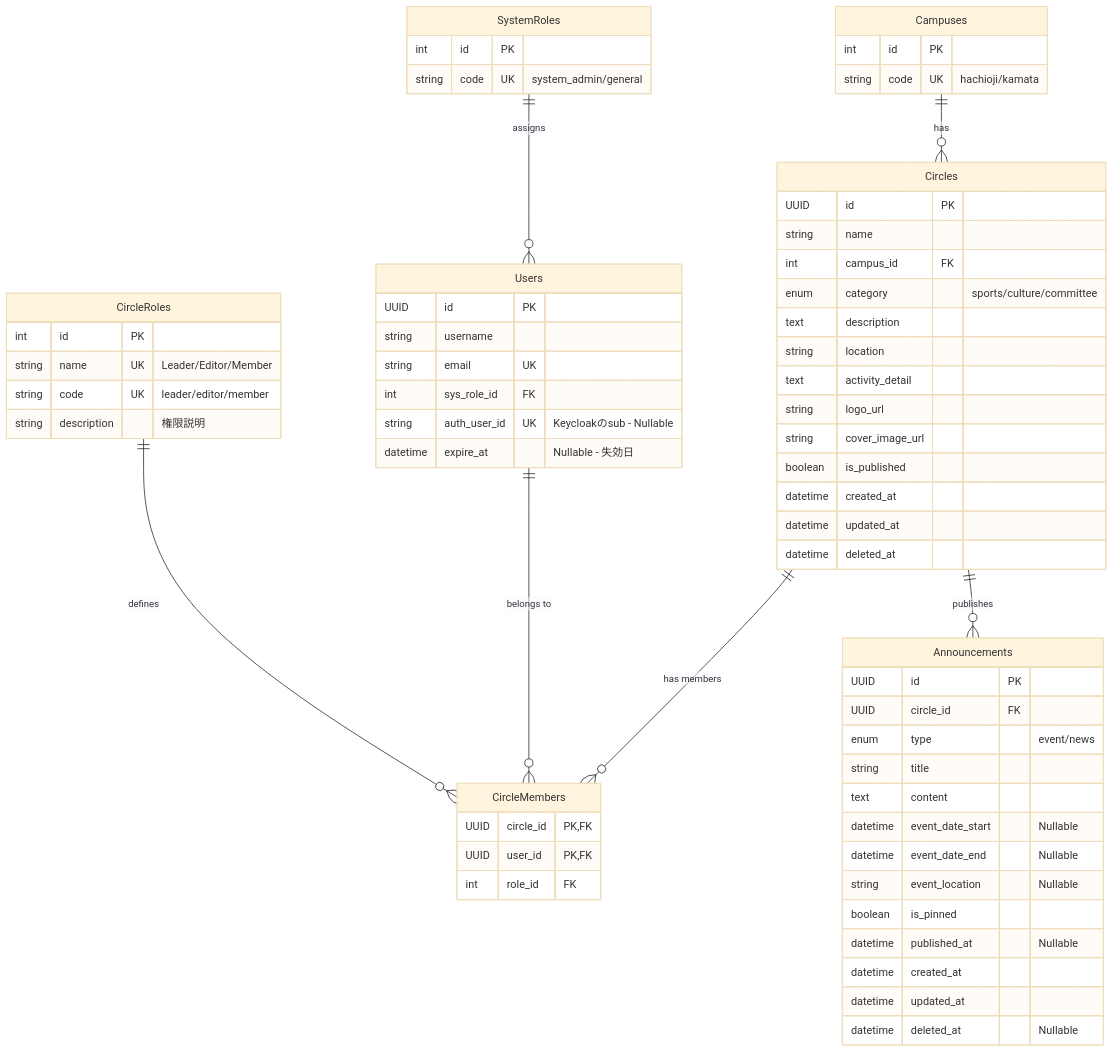
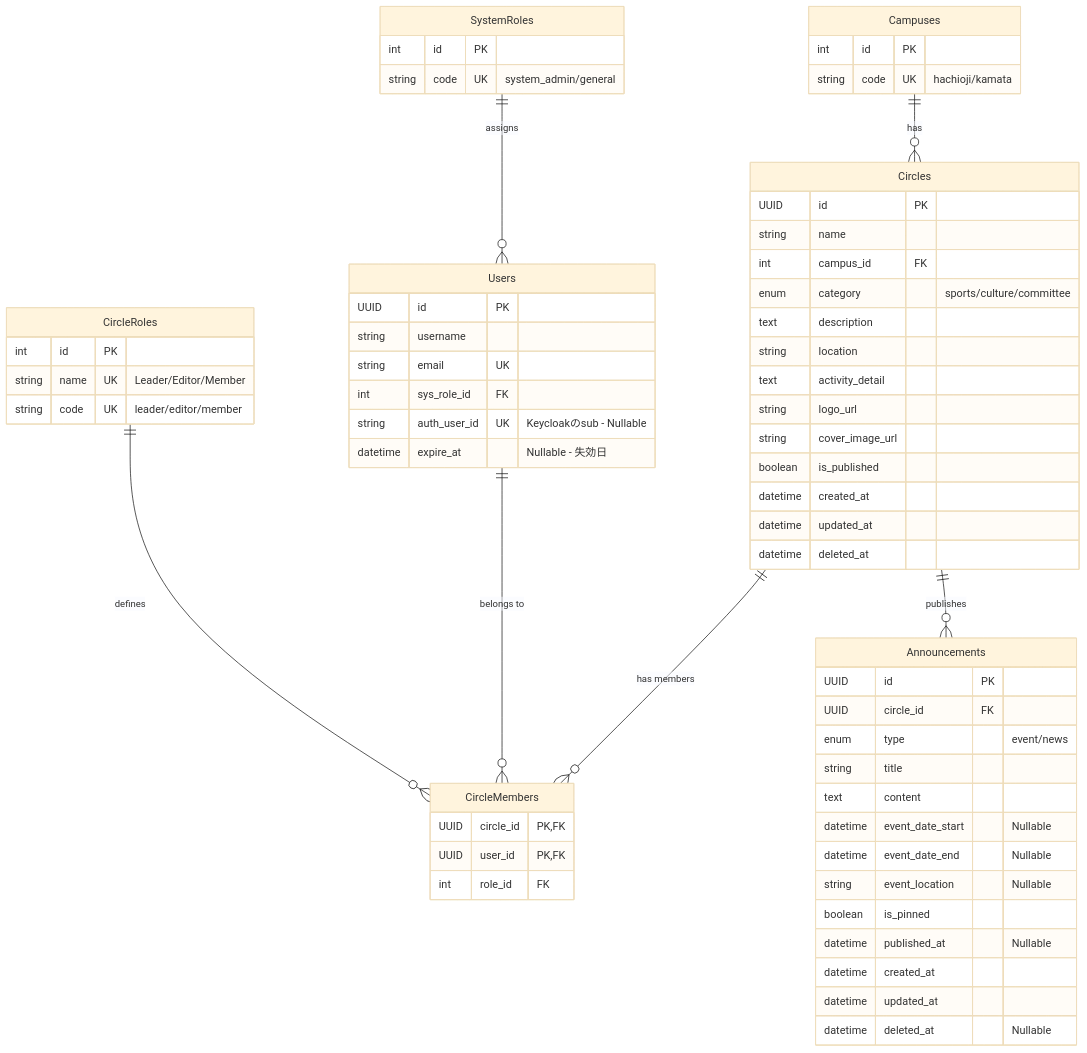
One commit to lc-tut/CirclePortalNEXT changed the fourth of 5 diagrams in docs/要件定義書.md. Above: the diagram before and after it, drawn with Mermaid (base theme). The commit also changed other lines of this file, not shown here.

````diff
--- a/docs/要件定義書.md
+++ b/docs/要件定義書.md
@@ -508,78 +508,77 @@
 ```mermaid
 erDiagram
     %% マスタテーブル
     Campuses ||--o{ Circles : "has"
     SystemRoles ||--o{ Users : "assigns"
     CircleRoles ||--o{ CircleMembers : "defines"
     
     %% メインテーブル
     Users ||--o{ CircleMembers : "belongs to"
     Circles ||--o{ CircleMembers : "has members"
     Circles ||--o{ Announcements : "publishes"
 
     %% マスタテーブル定義
     Campuses {
         int id PK
         string code UK "hachioji/kamata"
     }
     
     SystemRoles {
         int id PK
         string code UK "system_admin/general"
     }
     
     CircleRoles {
         int id PK
         string name UK "Leader/Editor/Member"
         string code UK "leader/editor/member"
-        string description "権限説明"
     }
 
     %% メインテーブル定義
     Users {
         UUID id PK
         string username
         string email UK
         int sys_role_id FK
         string auth_user_id UK "Keycloakのsub - Nullable"
         datetime expire_at "Nullable - 失効日"
     }
 
     Circles {
         UUID id PK
         string name
         int campus_id FK
         enum category "sports/culture/committee"
         text description
         string location
         text activity_detail
         string logo_url
         string cover_image_url
         boolean is_published
         datetime created_at
         datetime updated_at
         datetime deleted_at
     }
 
     CircleMembers {
         UUID circle_id PK, FK
         UUID user_id PK, FK
         int role_id FK
     }
 
     Announcements {
         UUID id PK
         UUID circle_id FK
         enum type "event/news"
         string title
         text content
         datetime event_date_start "Nullable"
         datetime event_date_end "Nullable"
         string event_location "Nullable"
         boolean is_pinned
         datetime published_at "Nullable"
         datetime created_at
         datetime updated_at
         datetime deleted_at "Nullable"
     }
 ```
````
